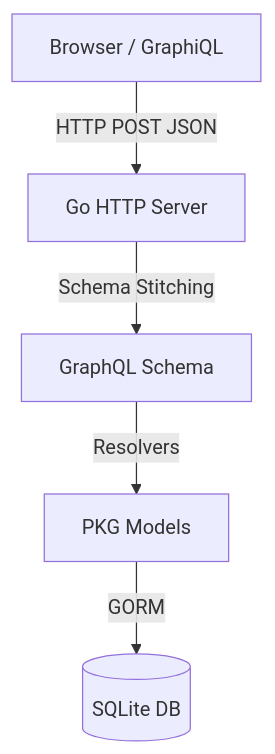
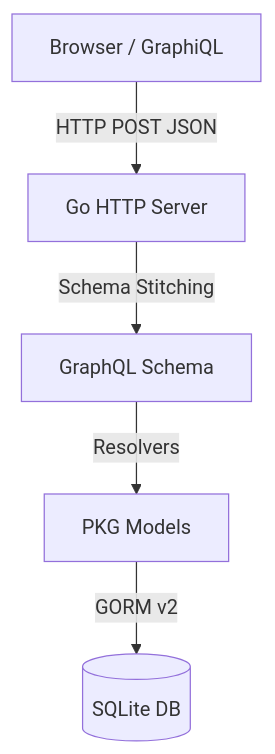
The diagram in README.md (corganfuzz/go-gql-sqlite), drawn with Mermaid before and after one commit. The commit also changed other lines of this file and 11 other files, not shown here.

````diff
--- a/README.md
+++ b/README.md
@@ -7,7 +7,7 @@
 ```mermaid
 graph TD
     Client[Browser / GraphiQL] -->|HTTP POST JSON| Server[Go HTTP Server]
     Server -->|Schema Stitching| Schema[GraphQL Schema]
     Schema -->|Resolvers| Models[PKG Models]
-    Models -->|GORM| DB[(SQLite DB)]
+    Models -->|GORM v2| DB[(SQLite DB)]
 ```
````
